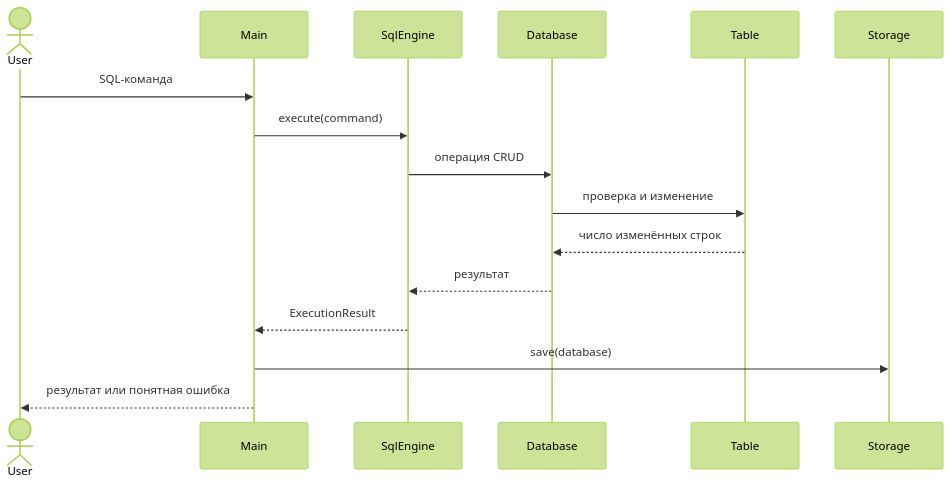
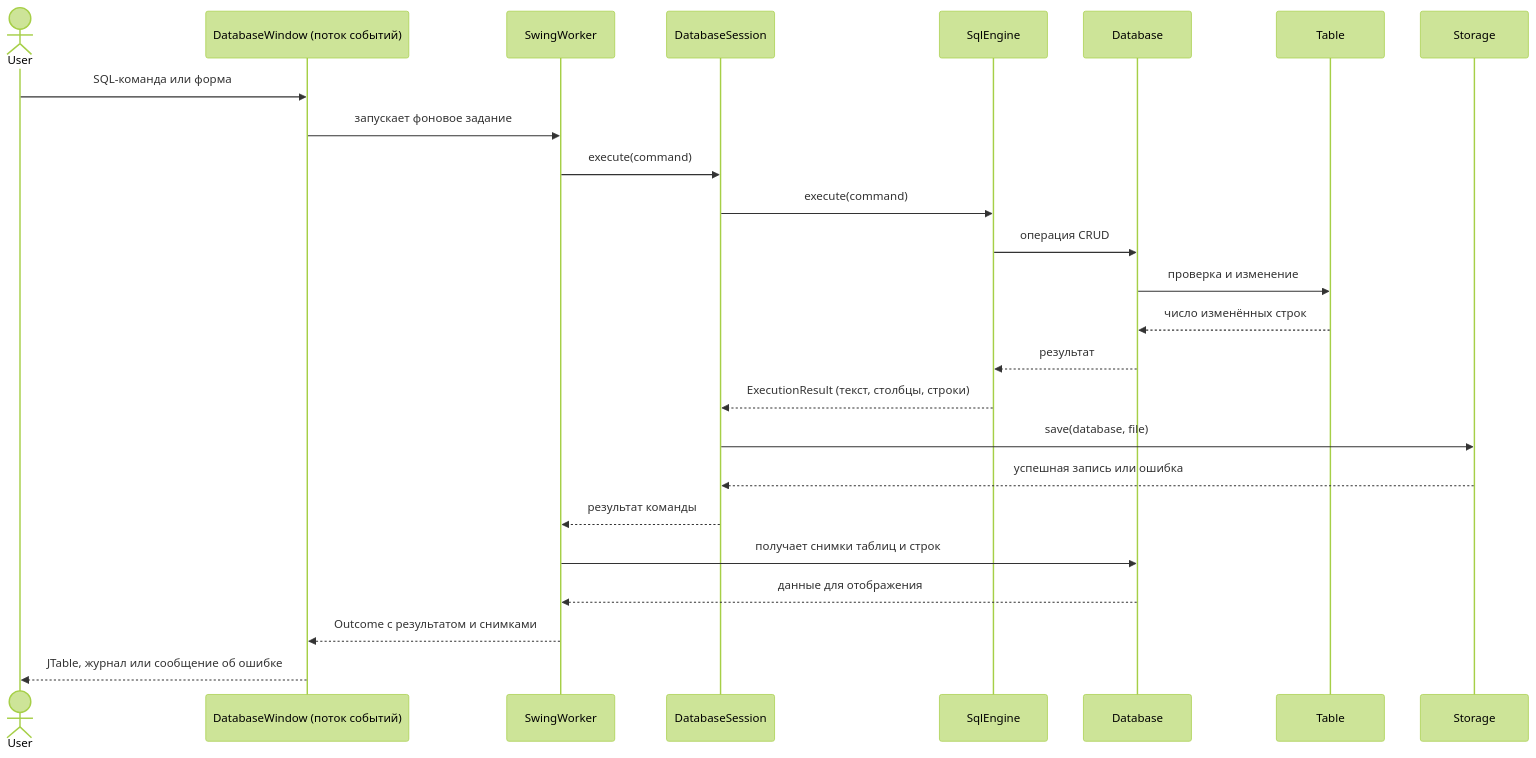
One commit to yosshhii/java-dbms changed the second of 2 diagrams in README.md. Above: the diagram before and after it, drawn with Mermaid (forest theme). The commit also changed other lines of this file and 11 other files, not shown here.

````diff
--- a/README.md
+++ b/README.md
@@ -100,18 +177,27 @@
 ```mermaid
 sequenceDiagram
     actor User
-    participant Main
+    participant GUI as DatabaseWindow (поток событий)
+    participant Worker as SwingWorker
+    participant Session as DatabaseSession
     participant SqlEngine
     participant Database
     participant Table
     participant Storage
-    User->>Main: SQL-команда
-    Main->>SqlEngine: execute(command)
+    User->>GUI: SQL-команда или форма
+    GUI->>Worker: запускает фоновое задание
+    Worker->>Session: execute(command)
+    Session->>SqlEngine: execute(command)
     SqlEngine->>Database: операция CRUD
     Database->>Table: проверка и изменение
     Table-->>Database: число изменённых строк
     Database-->>SqlEngine: результат
-    SqlEngine-->>Main: ExecutionResult
-    Main->>Storage: save(database)
-    Main-->>User: результат или понятная ошибка
+    SqlEngine-->>Session: ExecutionResult (текст, столбцы, строки)
+    Session->>Storage: save(database, file)
+    Storage-->>Session: успешная запись или ошибка
+    Session-->>Worker: результат команды
+    Worker->>Database: получает снимки таблиц и строк
+    Database-->>Worker: данные для отображения
+    Worker-->>GUI: Outcome с результатом и снимками
+    GUI-->>User: JTable, журнал или сообщение об ошибке
 ```
````
